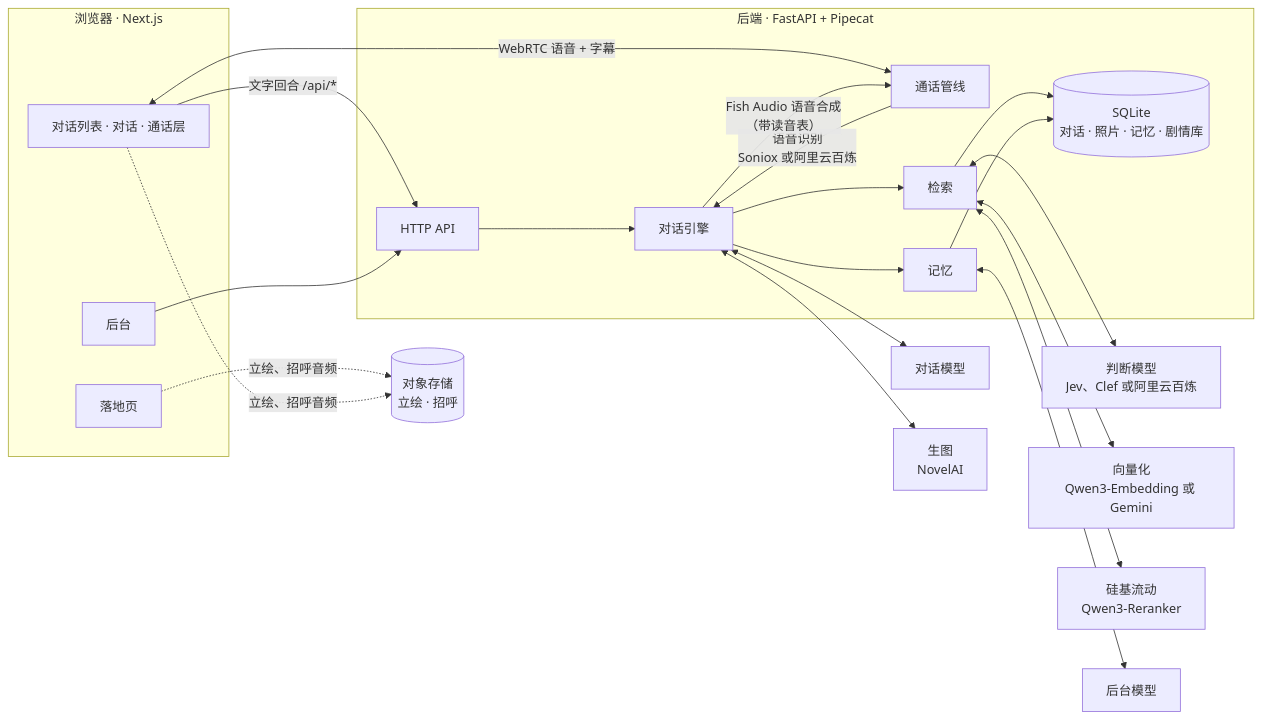
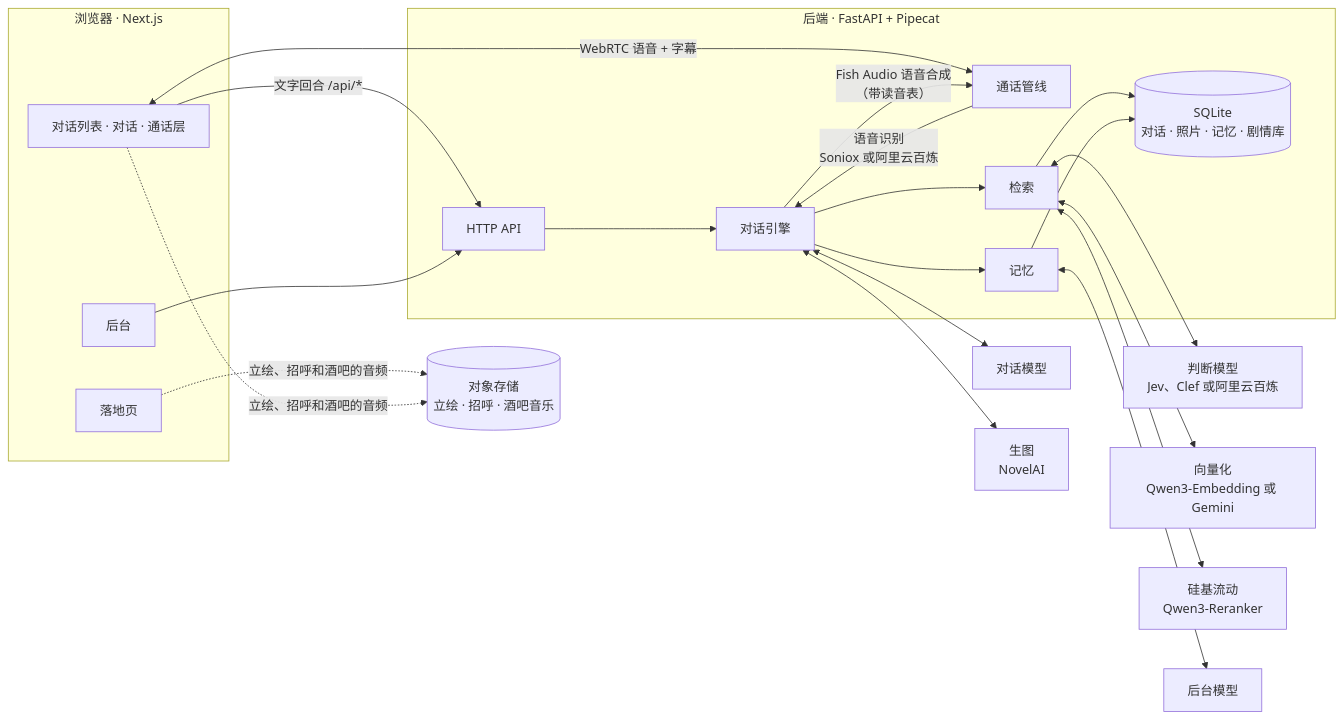
Before and after one commit to 3aKHP/idolum: the diagram in README.md, drawn with Mermaid. The commit also changed other lines of this file and 9 other files, not shown here.

First line of the commit message:
docs(bar-room): 酒吧的设计规范、许可、README 三语和截图、隐私政策、术语「备忘」；整份验收（票 13）

````diff
--- a/README.md
+++ b/README.md
@@ -162,37 +169,37 @@
 ```mermaid
 flowchart LR
     subgraph Browser["浏览器 · Next.js"]
         Landing["落地页"]
         UI["对话列表 · 对话 · 通话层"]
         Admin["后台"]
     end
 
     subgraph Backend["后端 · FastAPI + Pipecat"]
         API["HTTP API"]
         Call["通话管线"]
         Engine["对话引擎"]
         Retrieval["检索"]
         Memory["记忆"]
         DB[("SQLite<br/>对话 · 照片 · 记忆 · 剧情库")]
     end
 
-    Bucket[("对象存储<br/>立绘 · 招呼")]
+    Bucket[("对象存储<br/>立绘 · 招呼 · 酒吧音乐")]
 
     UI -- "文字回合 /api/*" --> API
     Admin --> API
     UI <-- "WebRTC 语音 + 字幕" --> Call
-    Landing & UI -. "立绘、招呼音频" .-> Bucket
+    Landing & UI -. "立绘、招呼和酒吧的音频" .-> Bucket
     API --> Engine
     Call -- "语音识别<br/>Soniox 或阿里云百炼" --> Engine
     Engine -- "Fish Audio 语音合成<br/>（带读音表）" --> Call
     Engine --> Retrieval
     Engine --> Memory
     Retrieval --> DB
     Memory --> DB
     Engine <--> ChatLLM["对话模型"]
     Retrieval <--> Judge["判断模型<br/>Jev、Clef 或阿里云百炼"]
     Retrieval <--> Emb["向量化<br/>Qwen3-Embedding 或 Gemini"]
     Retrieval <--> SF["硅基流动<br/>Qwen3-Reranker"]
     Memory <--> BgLLM["后台模型"]
     Engine <--> Image["生图<br/>NovelAI"]
 ```
````
